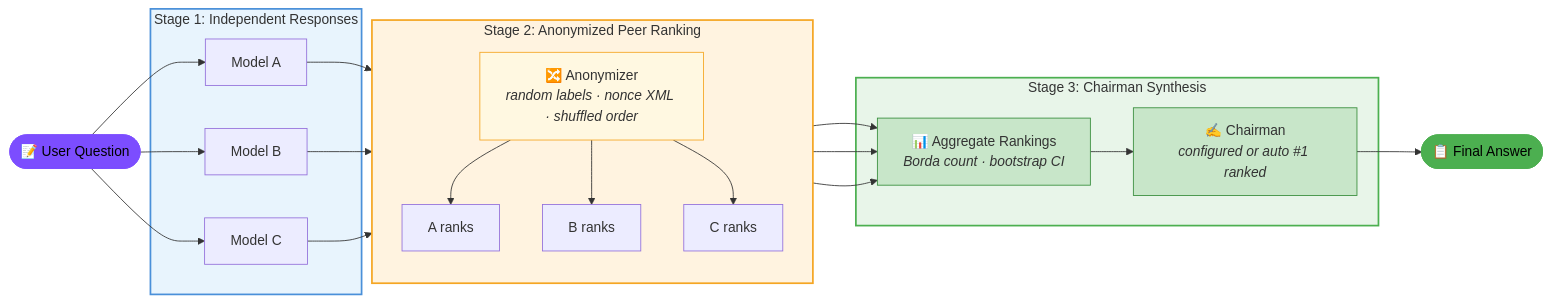
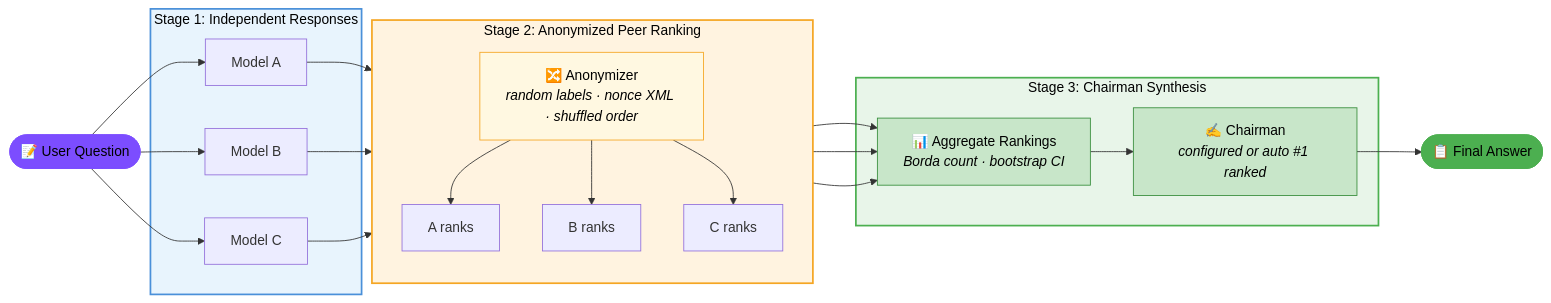
Before and after one commit to 0ri/llm-council: the diagram in README.md, drawn with Mermaid.

Commit message:
docs: force black text on all diagram subgraphs and nodes
Add color:#000 to all style directives so labels are readable
against light fills in dark mode.

````diff
--- a/README.md
+++ b/README.md
@@ -275,50 +275,50 @@
 ```mermaid
 graph LR
     Q(["📝 User Question"])
 
     subgraph S1["Stage 1: Independent Responses"]
         B1["Model A"]
         P1["Model B"]
         O1["Model C"]
     end
 
     subgraph S2["Stage 2: Anonymized Peer Ranking"]
         direction TB
         AN["🔀 Anonymizer<br/><i>random labels · nonce XML · shuffled order</i>"]
         B2["A ranks"]
         P2["B ranks"]
         O2["C ranks"]
         AN --> B2
         AN --> P2
         AN --> O2
     end
 
     subgraph S3["Stage 3: Chairman Synthesis"]
         AGG["📊 Aggregate Rankings<br/><i>Borda count · bootstrap CI</i>"]
         CH["✍️ Chairman<br/><i>configured or auto #1 ranked</i>"]
         AGG --> CH
     end
 
     Q --> B1
     Q --> P1
     Q --> O1
 
     B1 --> AN
     P1 --> AN
     O1 --> AN
 
     B2 --> AGG
     P2 --> AGG
     O2 --> AGG
 
     CH --> R(["📋 Final Answer"])
 
-    style S1 fill:#e8f4fd,stroke:#4a90d9,stroke-width:2px
-    style S2 fill:#fff3e0,stroke:#f5a623,stroke-width:2px
-    style S3 fill:#e8f5e9,stroke:#4caf50,stroke-width:2px
+    style S1 fill:#e8f4fd,stroke:#4a90d9,stroke-width:2px,color:#000
+    style S2 fill:#fff3e0,stroke:#f5a623,stroke-width:2px,color:#000
+    style S3 fill:#e8f5e9,stroke:#4caf50,stroke-width:2px,color:#000
     style Q fill:#7c4dff,color:#000,stroke:#7c4dff
     style R fill:#4caf50,color:#000,stroke:#4caf50
-    style AN fill:#fff8e1,stroke:#f5a623
-    style AGG fill:#c8e6c9,stroke:#388e3c
-    style CH fill:#c8e6c9,stroke:#388e3c
+    style AN fill:#fff8e1,stroke:#f5a623,color:#000
+    style AGG fill:#c8e6c9,stroke:#388e3c,color:#000
+    style CH fill:#c8e6c9,stroke:#388e3c,color:#000
 ```
````
